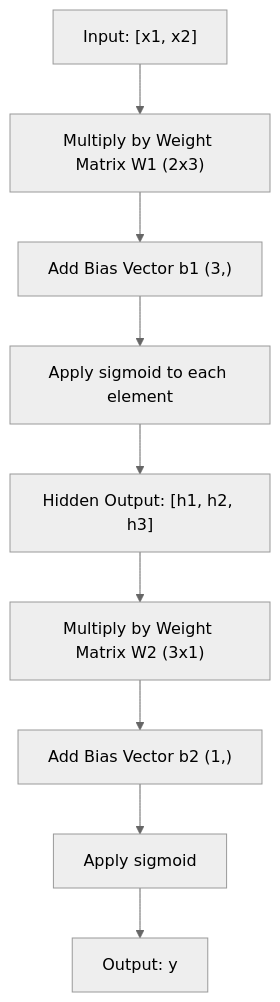
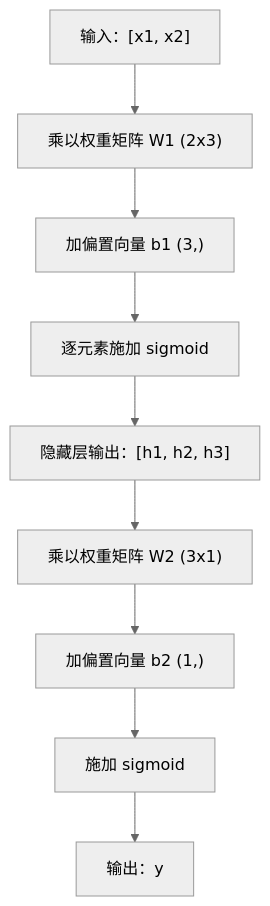
One commit to alessandrodinisio-ai/ai-engineering-learning-framework changed the second of 3 diagrams in phases/03-deep-learning-core/02-multi-layer-networks/docs/zh.md. Above: the diagram before and after it, drawn with Mermaid (neutral theme). The commit also changed other lines of this file and 120 other files, not shown here.

First line of the commit message:
i18n(mermaid): 337 个 mermaid 图表标签中文化

````diff
--- a/phases/03-deep-learning-core/02-multi-layer-networks/docs/zh.md
+++ b/phases/03-deep-learning-core/02-multi-layer-networks/docs/zh.md
@@ -88,11 +88,11 @@
 ```mermaid
 graph TD
-    X["Input: [x1, x2]"] --> WH["Multiply by Weight Matrix W1 (2x3)"]
-    WH --> BH["Add Bias Vector b1 (3,)"]
-    BH --> AH["Apply sigmoid to each element"]
-    AH --> H["Hidden Output: [h1, h2, h3]"]
-    H --> WO["Multiply by Weight Matrix W2 (3x1)"]
-    WO --> BO["Add Bias Vector b2 (1,)"]
-    BO --> AO["Apply sigmoid"]
-    AO --> Y["Output: y"]
+    X["输入：[x1, x2]"] --> WH["乘以权重矩阵 W1 (2x3)"]
+    WH --> BH["加偏置向量 b1 (3,)"]
+    BH --> AH["逐元素施加 sigmoid"]
+    AH --> H["隐藏层输出：[h1, h2, h3]"]
+    H --> WO["乘以权重矩阵 W2 (3x1)"]
+    WO --> BO["加偏置向量 b2 (1,)"]
+    BO --> AO["施加 sigmoid"]
+    AO --> Y["输出：y"]
 ```
````
